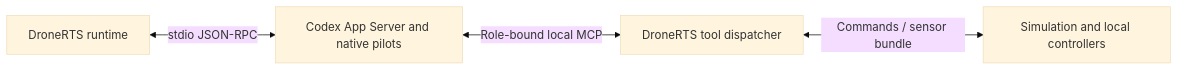
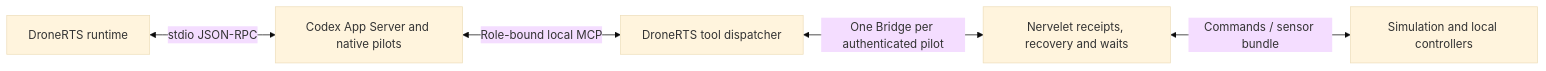
The diagram in docs/dronerts.md (DanMcInerney/nervelet), drawn with Mermaid (base theme) before and after one commit. The commit also changed other lines of this file and 20 other files, not shown here.

````diff
--- a/docs/dronerts.md
+++ b/docs/dronerts.md
@@ -28,6 +28,7 @@
 ```mermaid
 flowchart LR
     R["DroneRTS runtime"] <-->|"stdio JSON-RPC"| C["Codex App Server and native pilots"]
     C <-->|"Role-bound local MCP"| T["DroneRTS tool dispatcher"]
-    T <-->|"Commands / sensor bundle"| S["Simulation and local controllers"]
+    T <-->|"One Bridge per authenticated pilot"| B["Nervelet receipts, recovery and waits"]
+    B <-->|"Commands / sensor bundle"| S["Simulation and local controllers"]
 ```
````
